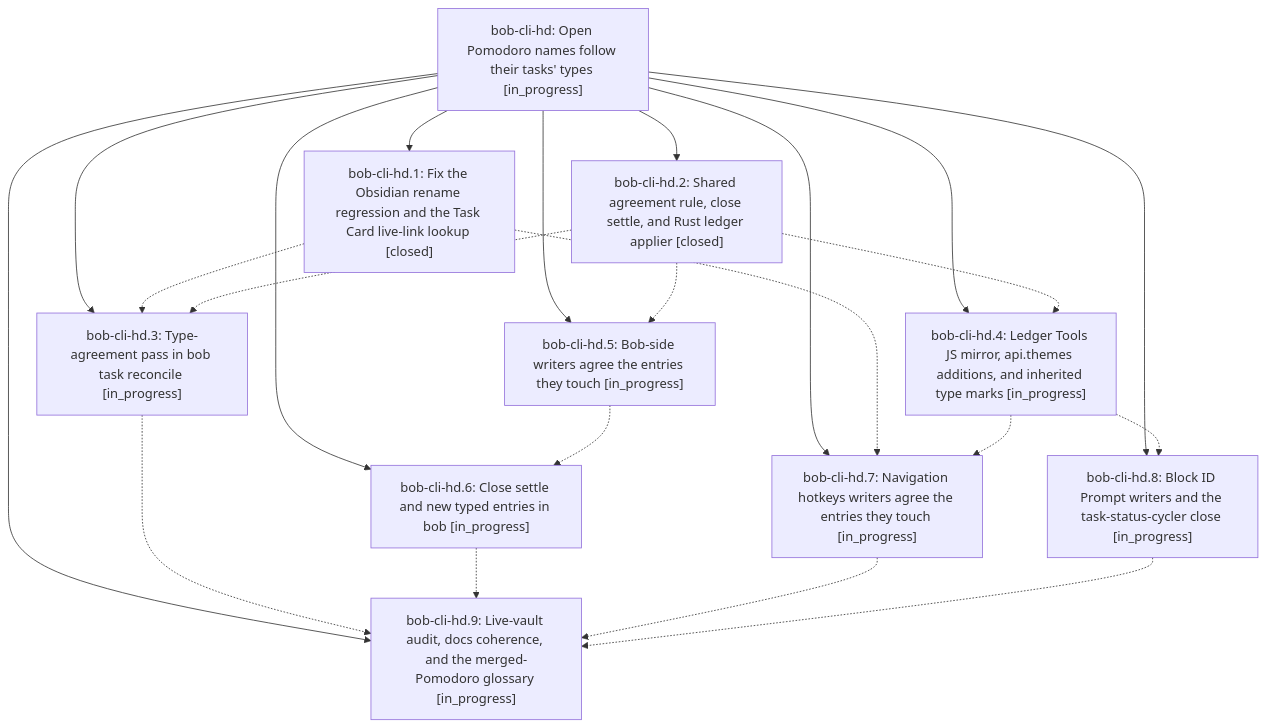
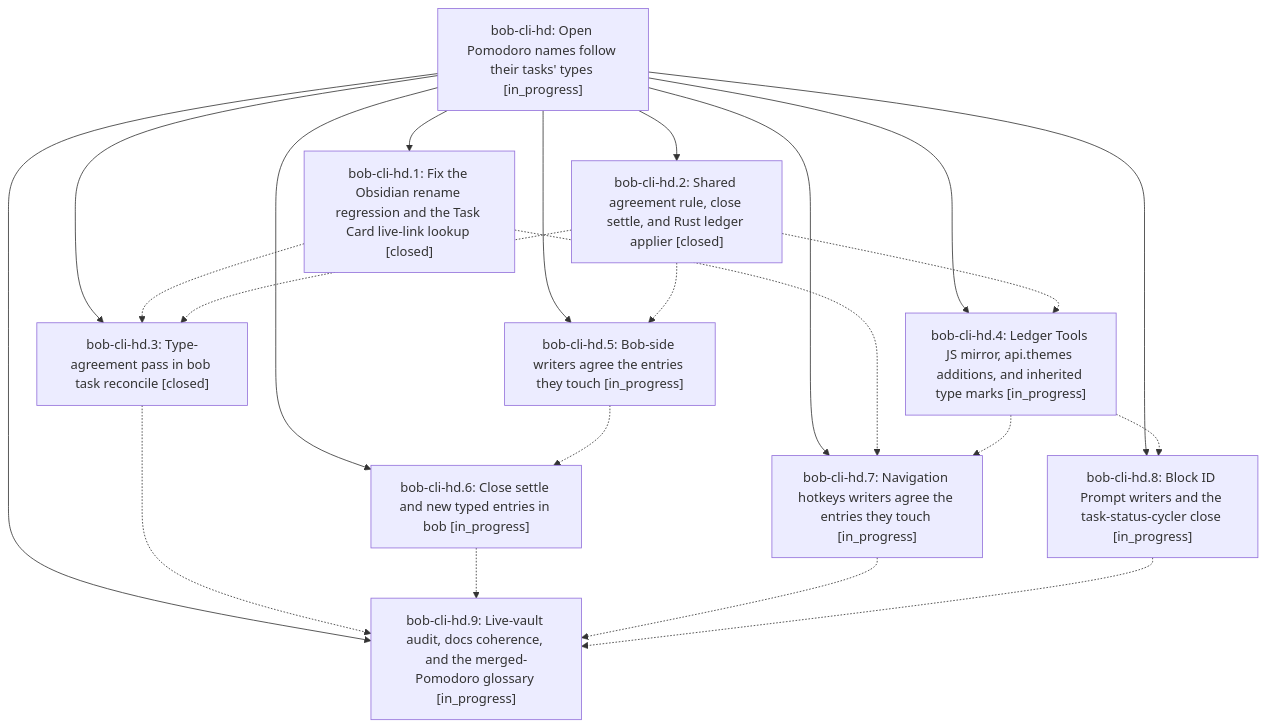
One commit to bobs-org/bob-cli--beads changed the diagram in pages/bob-cli-hd/README.md. Above: the diagram before and after it, drawn with Mermaid. The commit also changed other lines of this file and 5 other files, not shown here.

First line of the commit message:
chore(beads): sync bead state and pages for bob-cli-hd

````diff
--- a/pages/bob-cli-hd/README.md
+++ b/pages/bob-cli-hd/README.md
@@ -30,34 +30,34 @@
 ```mermaid
 flowchart TD
     n0["bob-cli-hd: Open Pomodoro names follow their tasks' types [in_progress]"]
     n1["bob-cli-hd.1: Fix the Obsidian rename regression and the Task Card live-link lookup [closed]"]
     n2["bob-cli-hd.2: Shared agreement rule, close settle, and Rust ledger applier [closed]"]
-    n3["bob-cli-hd.3: Type-agreement pass in bob task reconcile [in_progress]"]
+    n3["bob-cli-hd.3: Type-agreement pass in bob task reconcile [closed]"]
     n4["bob-cli-hd.4: Ledger Tools JS mirror, api.themes additions, and inherited type marks [in_progress]"]
     n5["bob-cli-hd.5: Bob-side writers agree the entries they touch [in_progress]"]
     n6["bob-cli-hd.6: Close settle and new typed entries in bob [in_progress]"]
     n7["bob-cli-hd.7: Navigation hotkeys writers agree the entries they touch [in_progress]"]
     n8["bob-cli-hd.8: Block ID Prompt writers and the task-status-cycler close [in_progress]"]
     n9["bob-cli-hd.9: Live-vault audit, docs coherence, and the merged-Pomodoro glossary [in_progress]"]
     n0 --> n1
     n0 --> n2
     n0 --> n3
     n0 --> n4
     n0 --> n5
     n0 --> n6
     n0 --> n7
     n0 --> n8
     n0 --> n9
     n1 -.-> n3
     n1 -.-> n7
     n2 -.-> n3
     n2 -.-> n4
     n2 -.-> n5
     n3 -.-> n9
     n4 -.-> n7
     n4 -.-> n8
     n5 -.-> n6
     n6 -.-> n9
     n7 -.-> n9
     n8 -.-> n9
 ```
````
